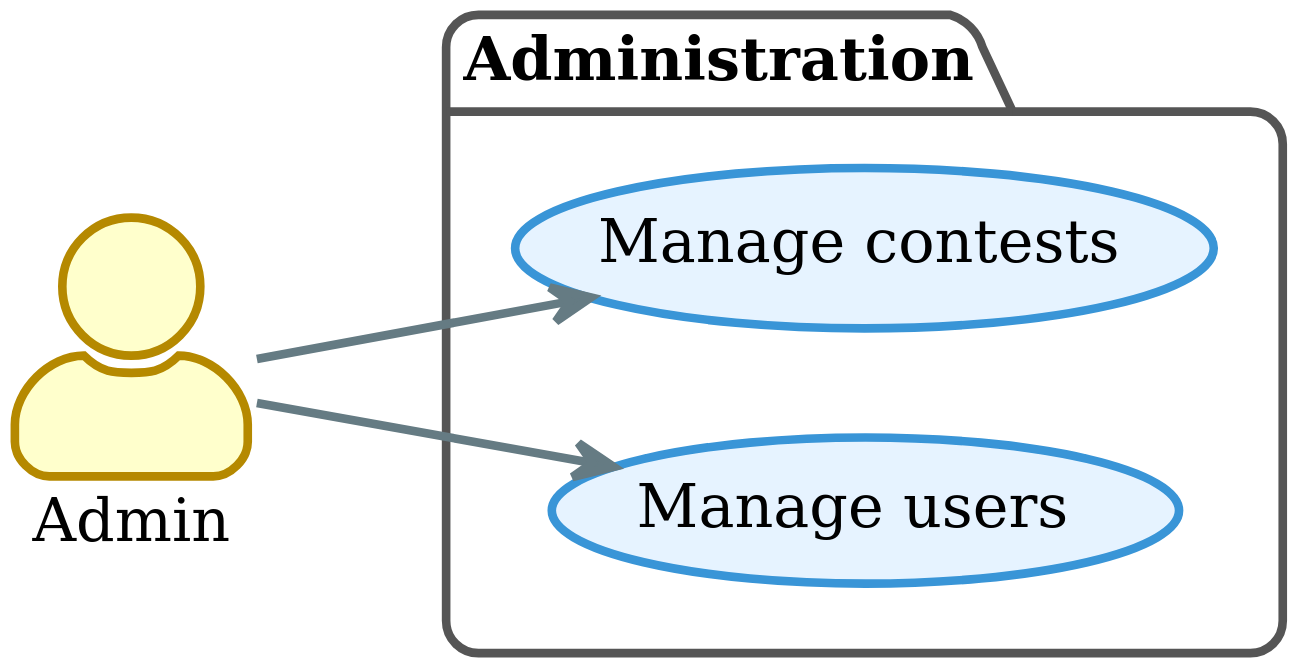
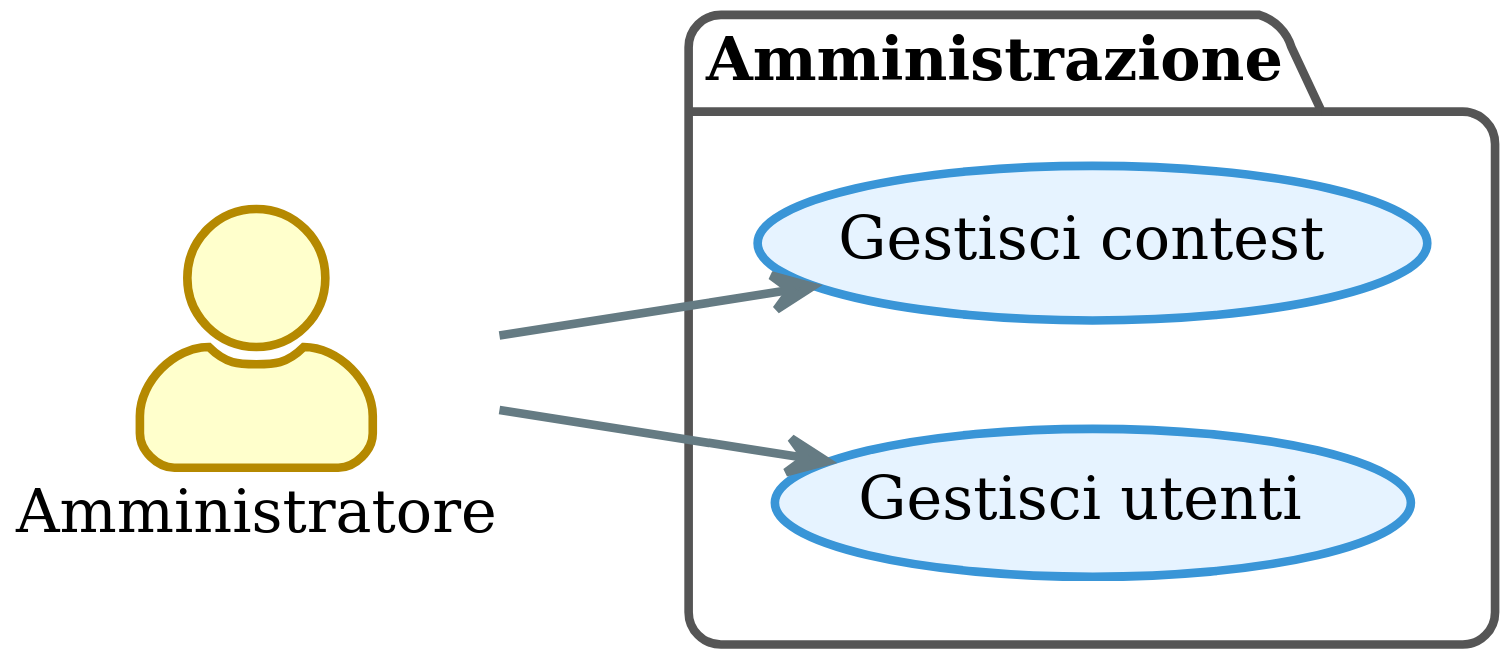
The diagram in thesis/diagrams/src/use-case-diagram-4.puml (TMoretta/Swift-Contest), drawn with PlantUML before and after one commit. The commit also changed 61 other files, not shown here.

```diff
--- a/thesis/diagrams/src/use-case-diagram-4.puml
+++ b/thesis/diagrams/src/use-case-diagram-4.puml
@@ -1,41 +1,41 @@
 @startuml
 
 !theme sunlust
 skinparam dpi 300
 left to right direction
 skinparam backgroundColor transparent
 skinparam actorStyle awesome
 skinparam shadowing false
 skinparam nodesep 25
 
 skinparam package {
     backgroundColor #FFFFFF
     borderColor #555555
 }
 skinparam usecase {
   backgroundColor #E6F3FF
   borderColor #3995D7
 }
 
 ' =======================================
 ' Attori
 ' =======================================
-actor Admin
+actor Amministratore
 
 ' =======================================
 ' Packages e Casi d'Uso
 ' =======================================
 
-package "Administration" {
-  usecase "Manage contests" as UC_AdminManageContests
-  usecase "Manage users" as UC_AdminManageUsers
+package "Amministrazione" {
+  usecase "Gestisci contest" as UC_AdminManageContests
+  usecase "Gestisci utenti" as UC_AdminManageUsers
 }
 
 ' =======================================
 ' Connessioni
 ' =======================================
 
-Admin --> UC_AdminManageUsers
-Admin --> UC_AdminManageContests
+Amministratore --> UC_AdminManageUsers
+Amministratore --> UC_AdminManageContests
 
 @enduml
```
